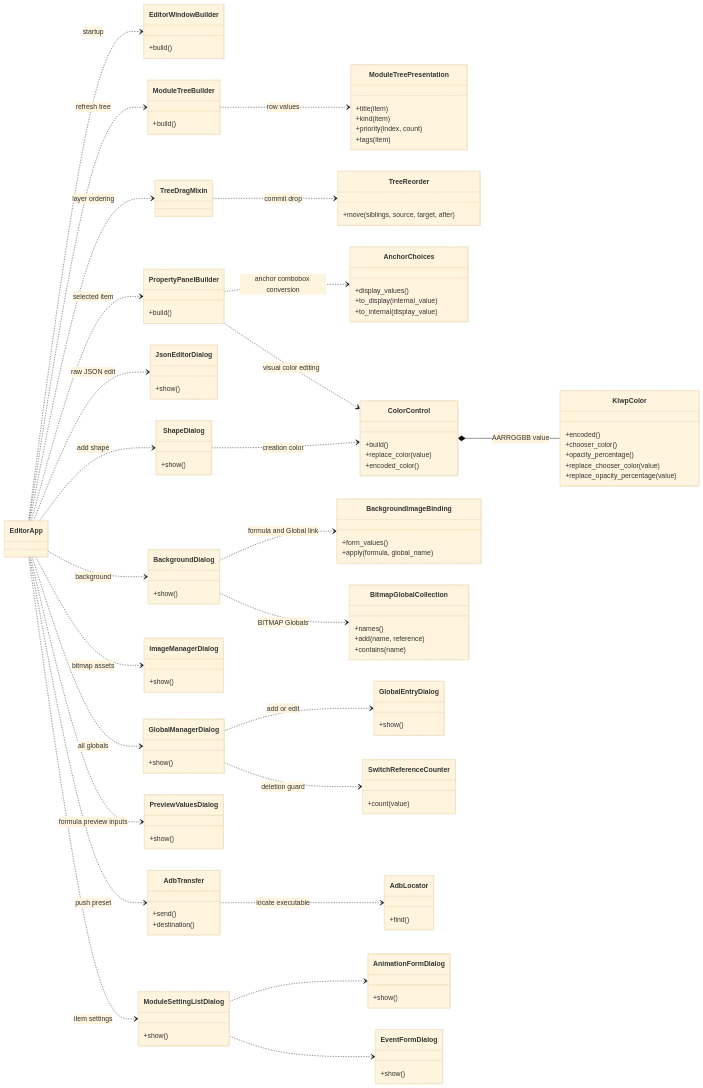
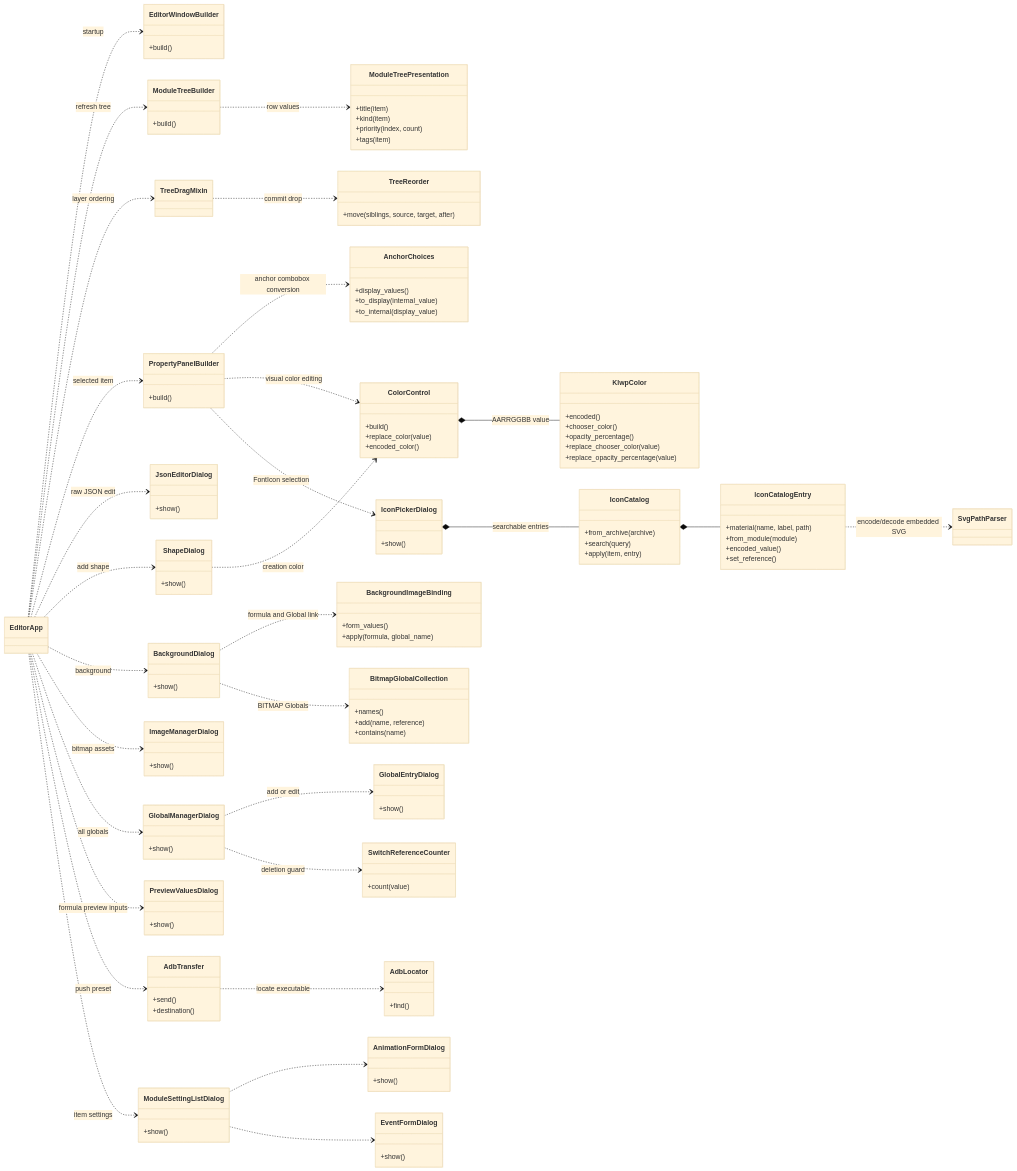
The fifth of 16 diagrams in doc/KLWPエディタ_設計仕様.md (k014c1287/klwp_pc_editor), drawn with Mermaid (base theme) before and after one commit. The commit also changed other lines of this file and 8 other files, not shown here.

```diff
--- a/doc/KLWPエディタ_設計仕様.md
+++ b/doc/KLWPエディタ_設計仕様.md
@@ -532,6 +532,20 @@
     }
     class JsonEditorDialog {
         +show()
+    }
+    class IconPickerDialog {
+        +show()
+    }
+    class IconCatalog {
+        +from_archive(archive)
+        +search(query)
+        +apply(item, entry)
+    }
+    class IconCatalogEntry {
+        +material(name, label, path)
+        +from_module(module)
+        +encoded_value()
+        +set_reference()
     }
     class ShapeDialog {
         +show()
@@ -591,6 +605,10 @@
     ShapeDialog ..> ColorControl : creation color
     ColorControl *-- KlwpColor : AARRGGBB value
     EditorApp ..> JsonEditorDialog : raw JSON edit
+    PropertyPanelBuilder ..> IconPickerDialog : FontIcon selection
+    IconPickerDialog *-- IconCatalog : searchable entries
+    IconCatalog *-- IconCatalogEntry
+    IconCatalogEntry ..> SvgPathParser : encode/decode embedded SVG
     EditorApp ..> ShapeDialog : add shape
     EditorApp ..> BackgroundDialog : background
     BackgroundDialog ..> BackgroundImageBinding : formula and Global link
```
